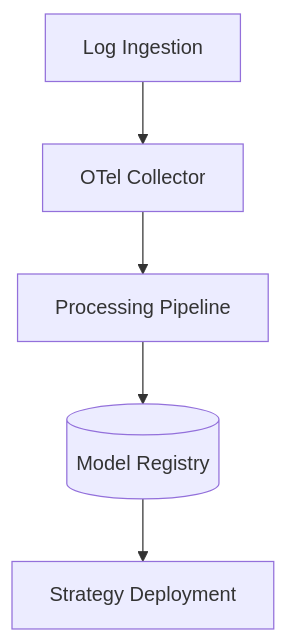
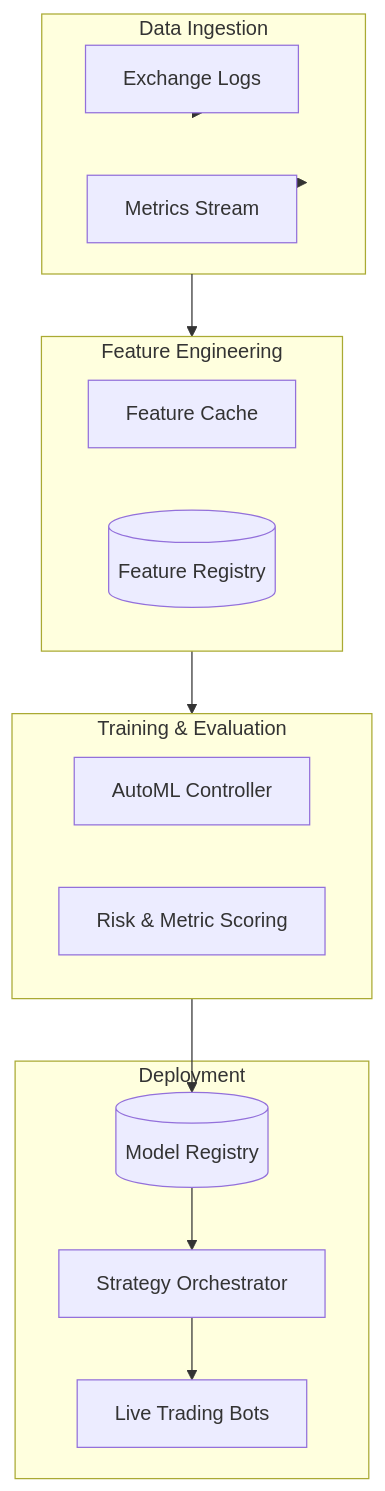
One commit to yegorsokolov/BotCopier changed the first of 3 diagrams in docs/architecture.md. Above: the diagram before and after it, drawn with Mermaid. The commit also changed other lines of this file and 5 other files, not shown here.

Commit message:
docs: expand tutorials and diagrams

````diff
--- a/docs/architecture.md
+++ b/docs/architecture.md
@@ -5,7 +11,27 @@
 ```mermaid
 flowchart TB
-    logs[Log Ingestion] --> collector[OTel Collector]
-    collector --> pipeline[Processing Pipeline]
-    pipeline --> registry[(Model Registry)]
-    registry --> deploy[Strategy Deployment]
+    subgraph ingest[Data Ingestion]
+        logs[Exchange Logs]
+        metrics[Metrics Stream]
+    end
+    subgraph enrich[Feature Engineering]
+        cache[Feature Cache]
+        registry[(Feature Registry)]
+    end
+    subgraph train[Training & Evaluation]
+        trainer[AutoML Controller]
+        scoring[Risk & Metric Scoring]
+    end
+    subgraph deploy[Deployment]
+        registryModels[(Model Registry)]
+        orchestrator[Strategy Orchestrator]
+        traders[Live Trading Bots]
+    end
+
+    logs --> ingest
+    metrics --> ingest
+    ingest --> enrich
+    enrich --> train
+    train --> registryModels
+    registryModels --> orchestrator --> traders
 ```
````
